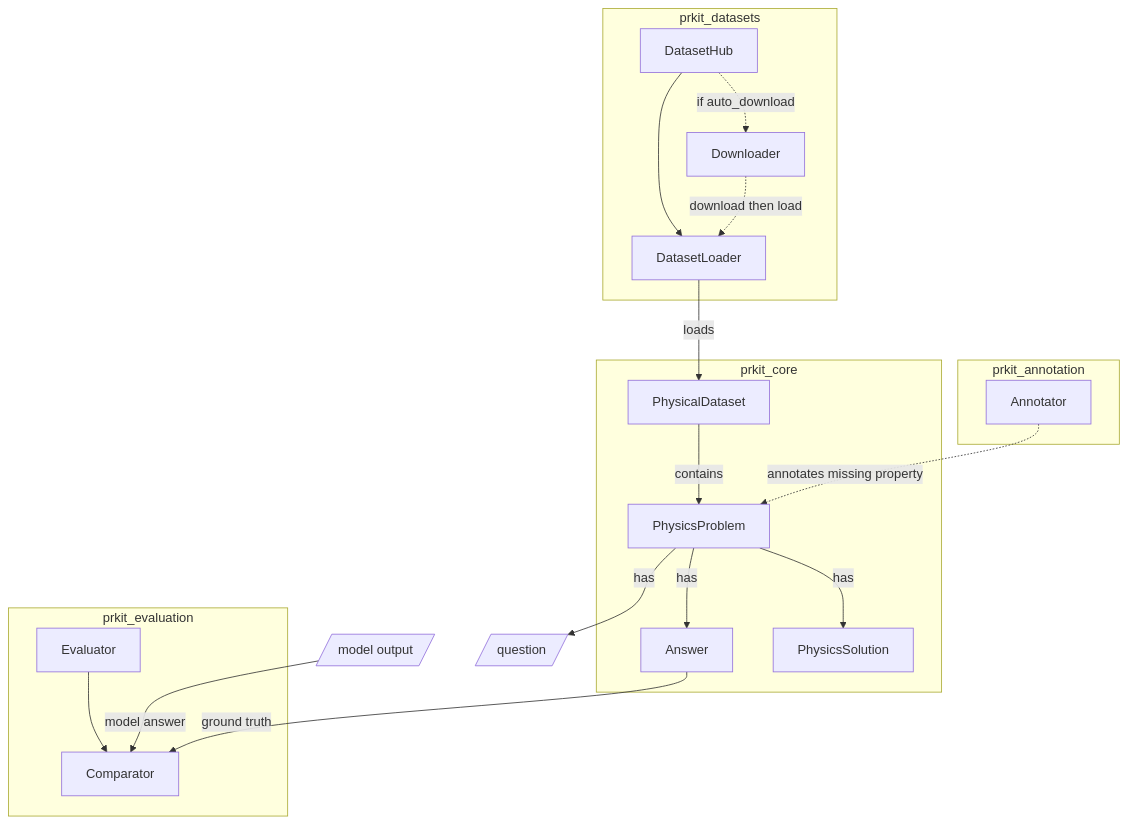
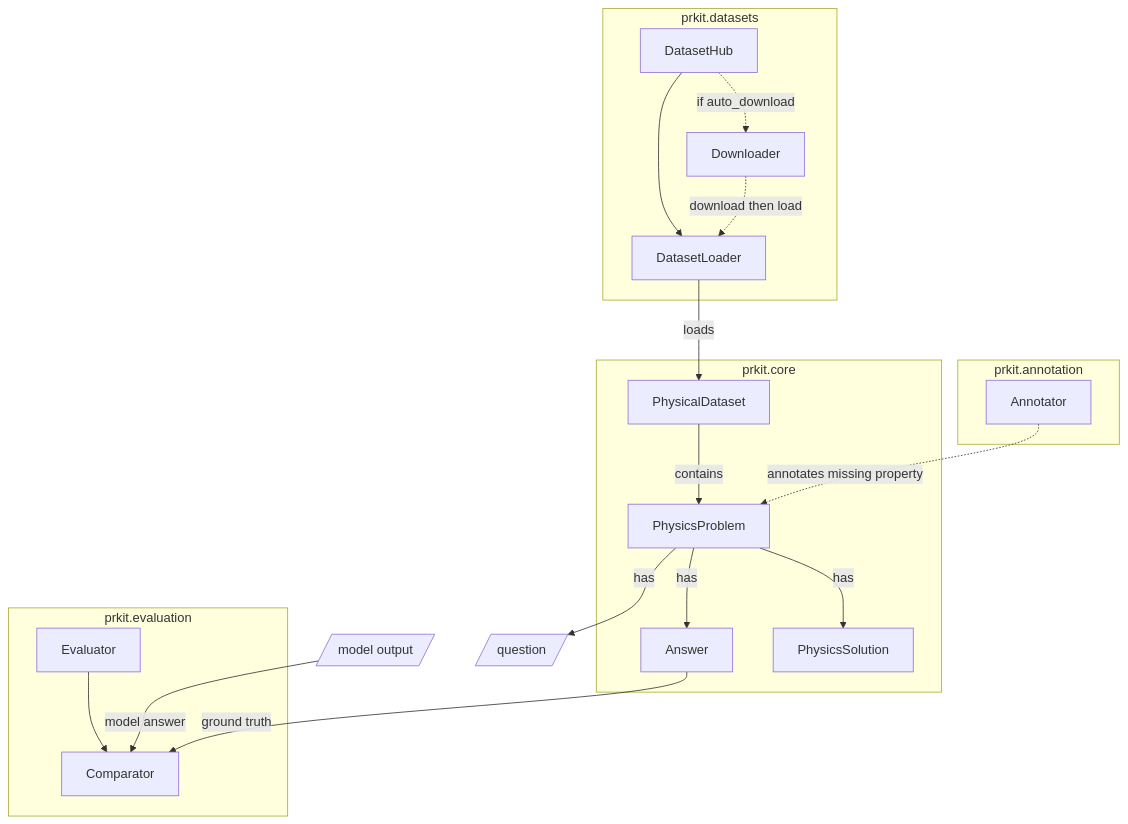
Before and after one commit to sherryzyh/physical_reasoning_toolkit: the diagram in CORE.md, drawn with Mermaid. The commit also changed other lines of this file and 6 other files, not shown here.

````diff
--- a/CORE.md
+++ b/CORE.md
@@ -269,43 +269,43 @@
 ```mermaid
 flowchart TB
 
-    subgraph annotation["prkit_annotation"]
+    subgraph annotation["prkit.annotation"]
         ANO[Annotator]
     end
 
 
-    subgraph core["prkit_core"]
+    subgraph core["prkit.core"]
         PD[PhysicalDataset]
         PP[PhysicsProblem]
         AN[Answer]
         PS[PhysicsSolution]
     end
 
-    subgraph evaluation["prkit_evaluation"]
+    subgraph evaluation["prkit.evaluation"]
         EV[Evaluator]
         CMP[Comparator]
     end
 
-    subgraph datasets["prkit_datasets"]
+    subgraph datasets["prkit.datasets"]
         DH[DatasetHub]
         DSL[DatasetLoader]
         DD[Downloader]
     end
 
     ANO -.->|annotates missing property| PP
 
     DH --> DSL
     DSL -->| loads | PD
     DH -.->|if auto_download| DD
     DD -.->|download then load| DSL
 
     PD -->|contains| PP
     PP -->|has| Q[/question/]
     PP -->|has| AN
     PP -->|has| PS
 
     EV --> CMP
     AN -->|ground truth| CMP
     MO[/model output/] -->|model answer| CMP
 
 ```
````
